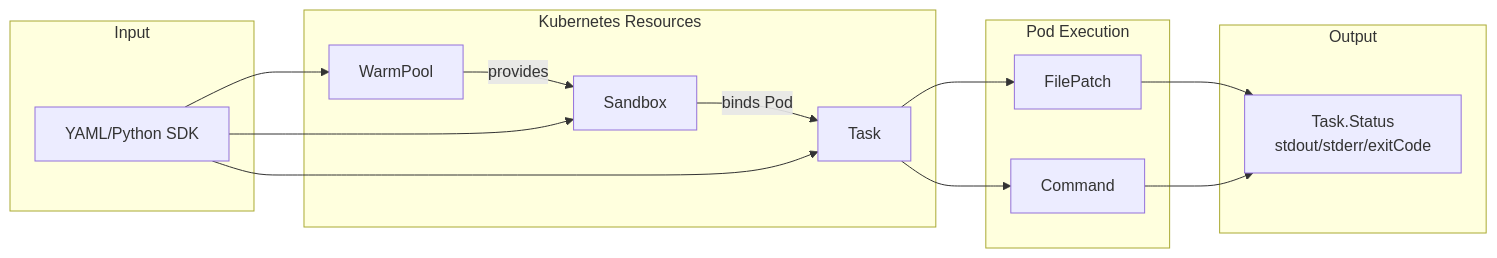
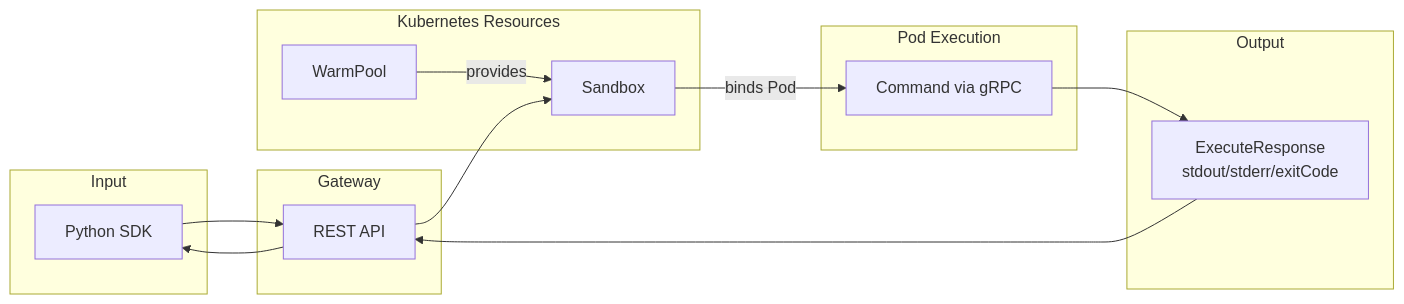
Before and after one commit to Lincyaw/agent-env: the fourth of 4 diagrams in docs/developer-guide/architecture.md, drawn with Mermaid. The commit also changed other lines of this file and 258 other files, not shown here.

````diff
--- a/docs/developer-guide/architecture.md
+++ b/docs/developer-guide/architecture.md
@@ -219,31 +190,31 @@
 ```mermaid
 flowchart LR
     subgraph "Input"
-        YAML[YAML/Python SDK]
+        SDK[Python SDK]
     end
-    
+
+    subgraph "Gateway"
+        GW[REST API]
+    end
+
     subgraph "Kubernetes Resources"
         WP[WarmPool]
         SB[Sandbox]
-        Task[Task]
     end
-    
+
     subgraph "Pod Execution"
-        File[FilePatch]
-        Cmd[Command]
+        Cmd[Command via gRPC]
     end
-    
+
     subgraph "Output"
-        Status[Task.Status<br/>stdout/stderr/exitCode]
+        Status[ExecuteResponse<br/>stdout/stderr/exitCode]
     end
-    
-    YAML --> WP
+
+    SDK --> GW
+    GW --> SB
     WP --> |provides| SB
-    YAML --> SB
-    SB --> |binds Pod| Task
-    YAML --> Task
-    Task --> File
-    Task --> Cmd
-    File --> Status
+    SB --> |binds Pod| Cmd
     Cmd --> Status
+    Status --> GW
+    GW --> SDK
 ```
````
